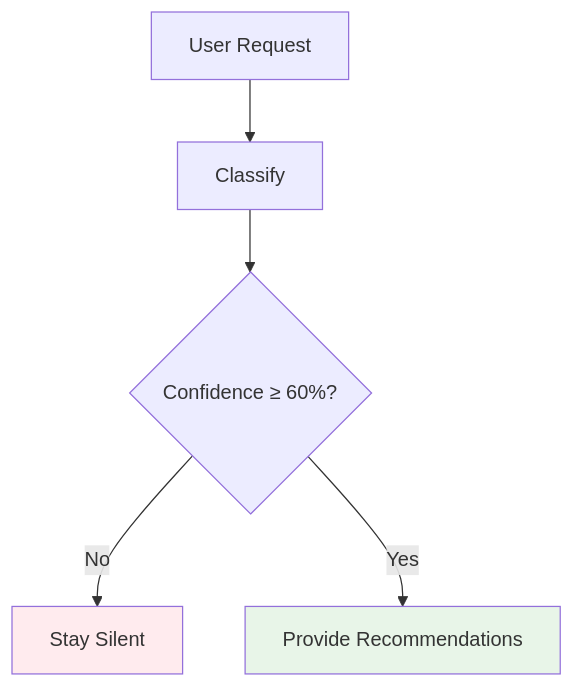
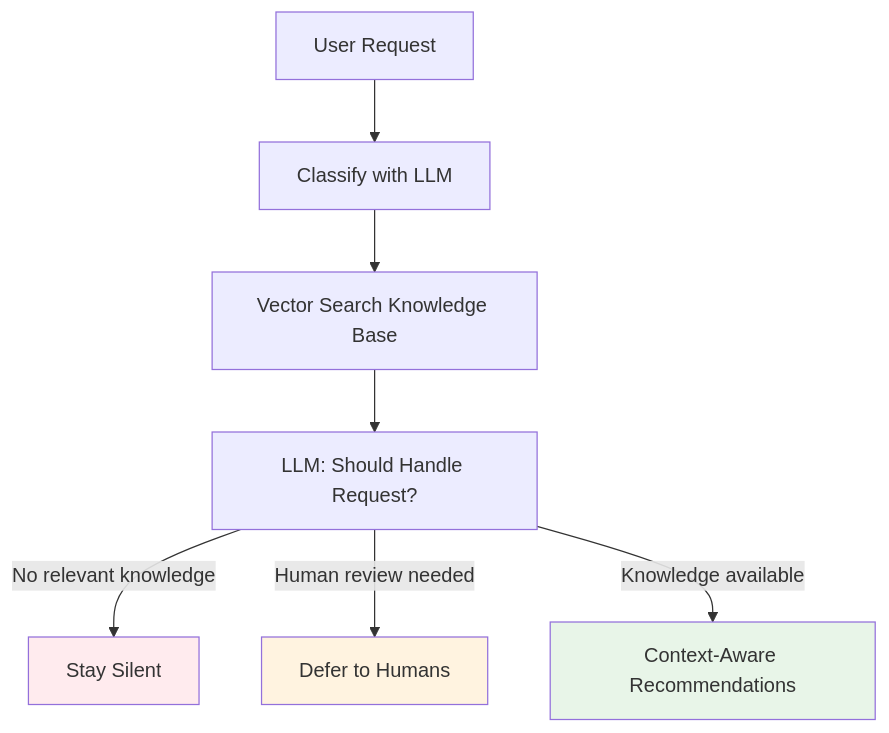
One commit to repque/support-assistant changed the third of 4 diagrams in simplified_flow_diagram.md. Above: the diagram before and after it, drawn with Mermaid. The commit also changed other lines of this file and 23 other files, not shown here.

````diff
--- a/simplified_flow_diagram.md
+++ b/simplified_flow_diagram.md
@@ -62,10 +63,13 @@
 ```mermaid
 flowchart TD
-    A[User Request] --> B[Classify]
-    B --> C{Confidence ≥ 60%?}
-    C -->|No| D[Stay Silent]
-    C -->|Yes| E[Provide Recommendations]
+    A[User Request] --> B[Classify with LLM]
+    B --> C[Vector Search Knowledge Base]
+    C --> D[LLM: Should Handle Request?]
+    D -->|No relevant knowledge| E[Stay Silent]
+    D -->|Human review needed| F[Defer to Humans]
+    D -->|Knowledge available| G[Context-Aware Recommendations]
     
-    style D fill:#ffebee
-    style E fill:#e8f5e8
+    style E fill:#ffebee
+    style F fill:#fff3e0
+    style G fill:#e8f5e8
 ```
````
